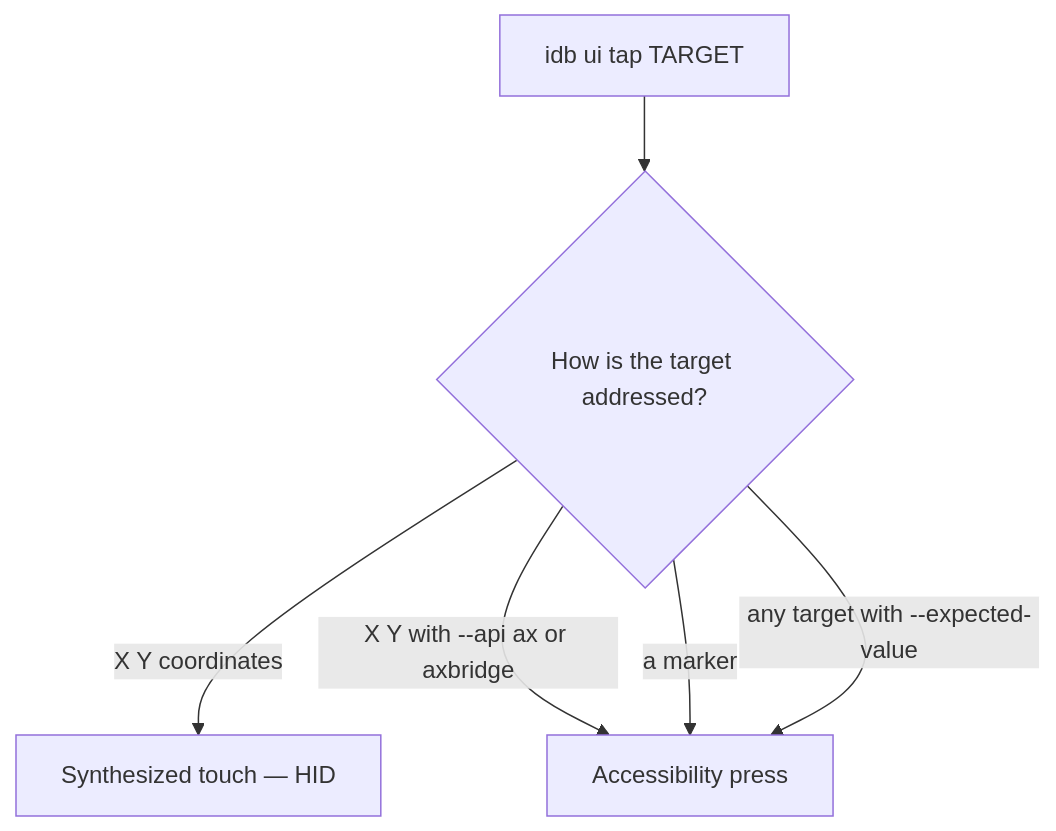
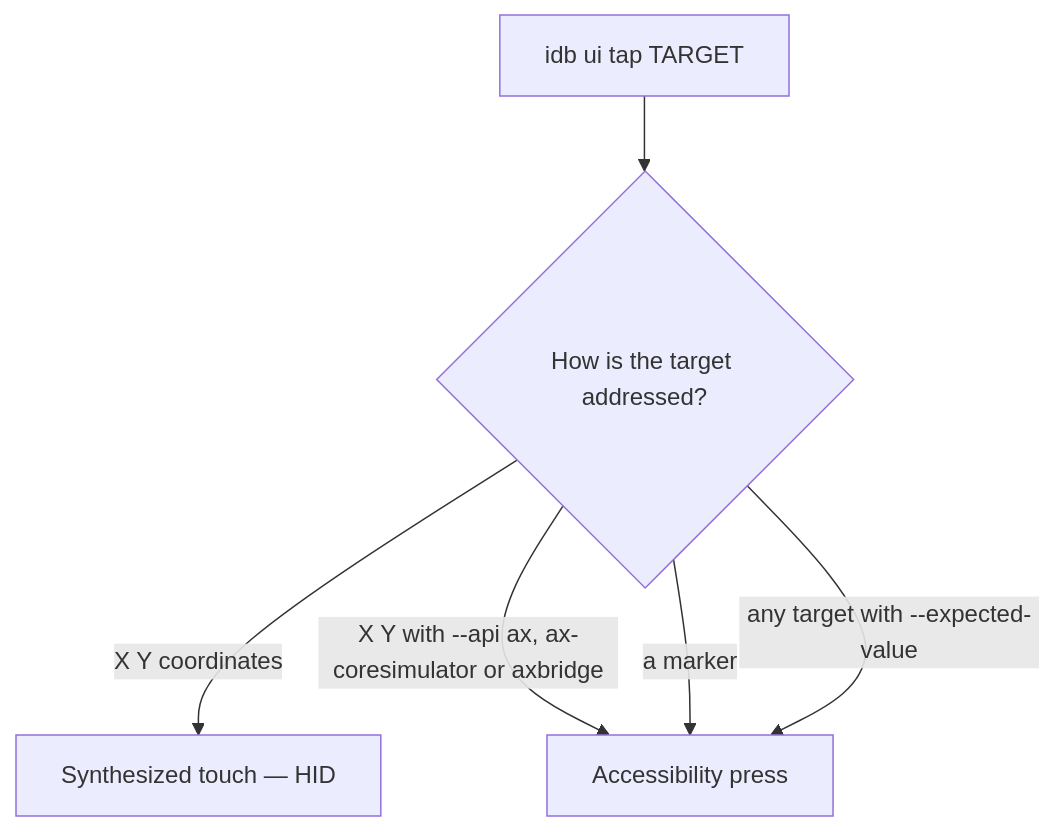
Before and after one commit to facebook/idb: the diagram in website/docs/idb/ui.mdx, drawn with Mermaid. The commit also changed other lines of this file and 8 other files, not shown here.

````diff
--- a/website/docs/idb/ui.mdx
+++ b/website/docs/idb/ui.mdx
@@ -185,8 +185,8 @@
 ```mermaid
 flowchart TD
     tap["idb ui tap TARGET"] --> kind{"How is the target addressed?"}
     kind -- "X Y coordinates" --> hid["Synthesized touch — HID"]
-    kind -- "X Y with --api ax or axbridge" --> press["Accessibility press"]
+    kind -- "X Y with --api ax, ax-coresimulator or axbridge" --> press["Accessibility press"]
     kind -- "a marker" --> press
     kind -- "any target with --expected-value" --> press
 ```
````
